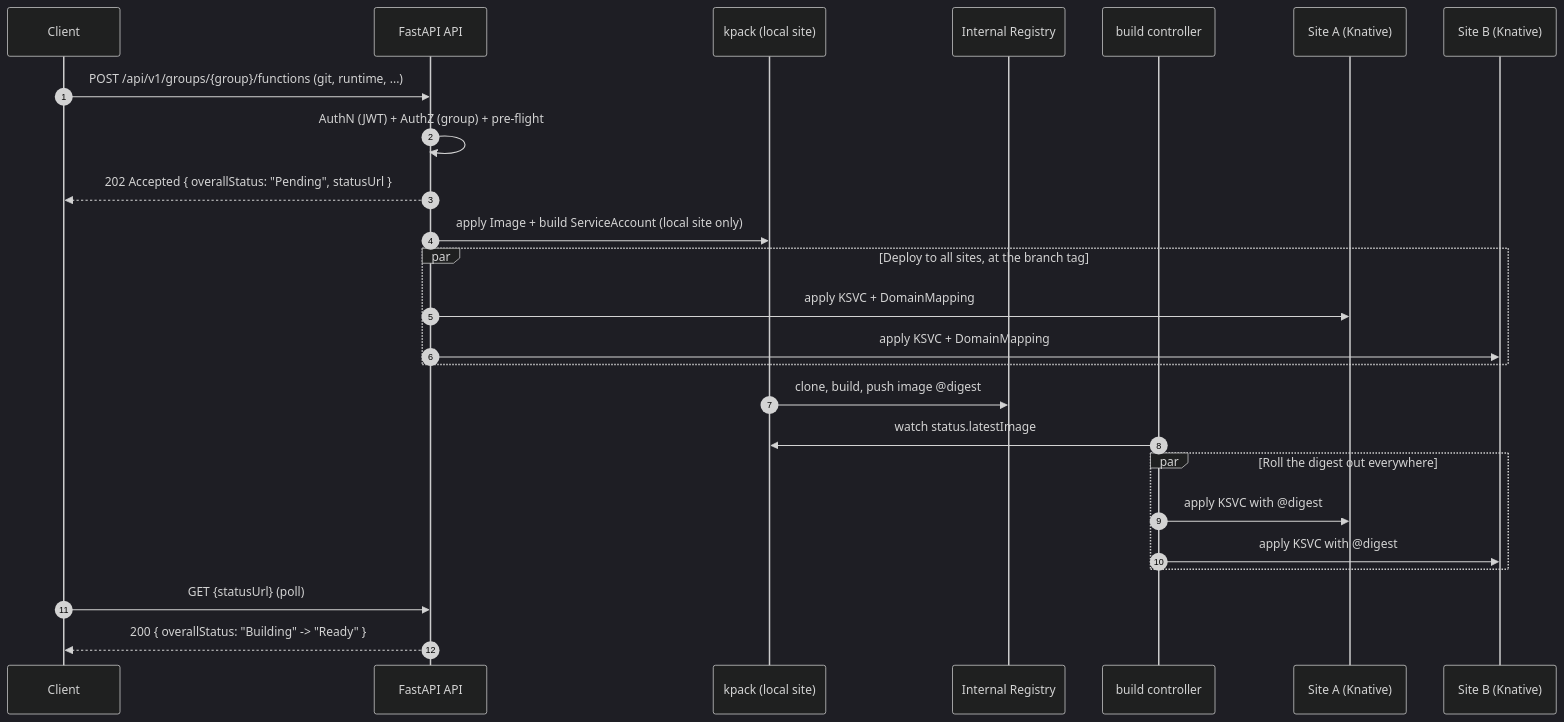
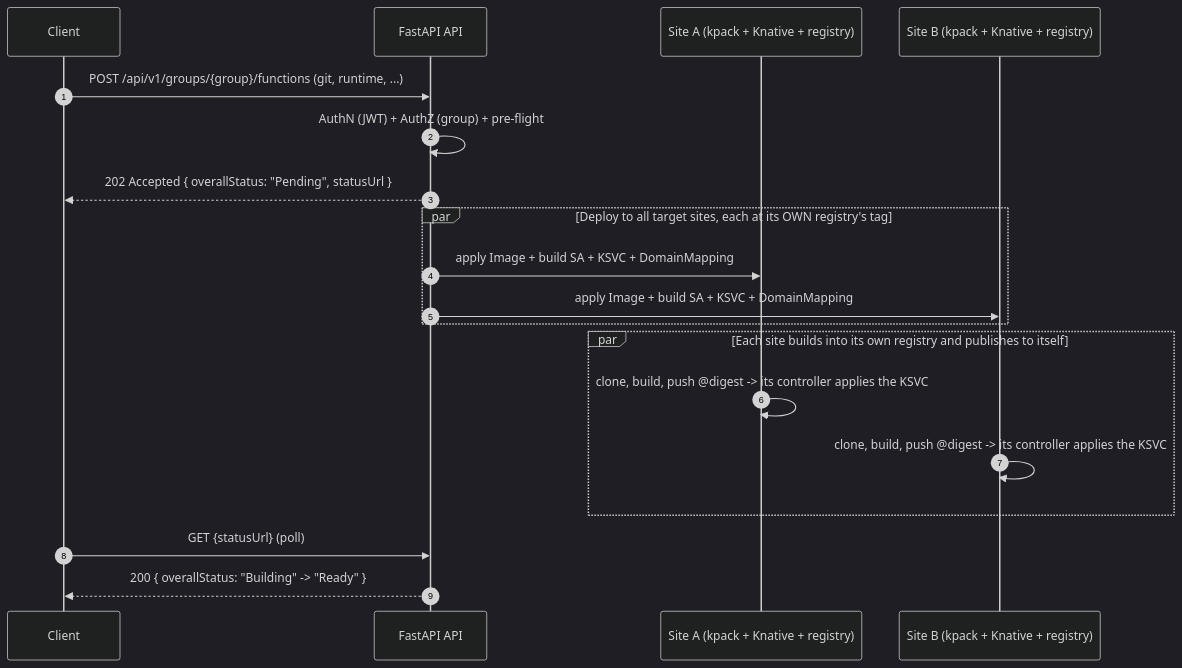
Before and after one commit to black-cloudlet/serverless: the diagram in docs/FUNCTIONS.md, drawn with Mermaid (dark theme). The commit also changed other lines of this file and 35 other files, not shown here.

First line of the commit message:
Give every site its own build registry, and let each build what it runs (#47)

````diff
--- a/docs/FUNCTIONS.md
+++ b/docs/FUNCTIONS.md
@@ -56,28 +56,22 @@
 ```mermaid
 sequenceDiagram
     autonumber
     participant U as Client
     participant API as FastAPI API
-    participant KP as kpack (local site)
-    participant Reg as Internal Registry
-    participant BC as build controller
-    participant ZA as Site A (Knative)
-    participant ZB as Site B (Knative)
+    participant ZA as Site A (kpack + Knative + registry)
+    participant ZB as Site B (kpack + Knative + registry)
 
     U->>API: POST /api/v1/groups/{group}/functions (git, runtime, ...)
     API->>API: AuthN (JWT) + AuthZ (group) + pre-flight
     API-->>U: 202 Accepted { overallStatus: "Pending", statusUrl }
-    API->>KP: apply Image + build ServiceAccount (local site only)
-    par Deploy to all sites, at the branch tag
-        API->>ZA: apply KSVC + DomainMapping
-        API->>ZB: apply KSVC + DomainMapping
+    par Deploy to all target sites, each at its OWN registry's tag
+        API->>ZA: apply Image + build SA + KSVC + DomainMapping
+        API->>ZB: apply Image + build SA + KSVC + DomainMapping
     end
-    KP->>Reg: clone, build, push image @digest
-    BC->>KP: watch status.latestImage
-    par Roll the digest out everywhere
-        BC->>ZA: apply KSVC with @digest
-        BC->>ZB: apply KSVC with @digest
+    par Each site builds into its own registry and publishes to itself
+        ZA->>ZA: clone, build, push @digest -> its controller applies the KSVC
+        ZB->>ZB: clone, build, push @digest -> its controller applies the KSVC
     end
     U->>API: GET {statusUrl} (poll)
     API-->>U: 200 { overallStatus: "Building" -> "Ready" }
 ```
````
